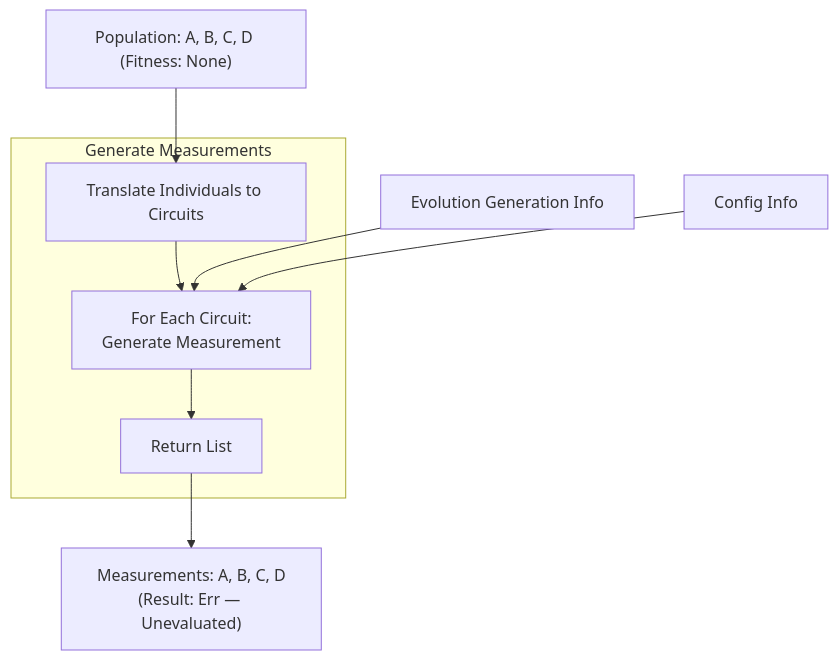
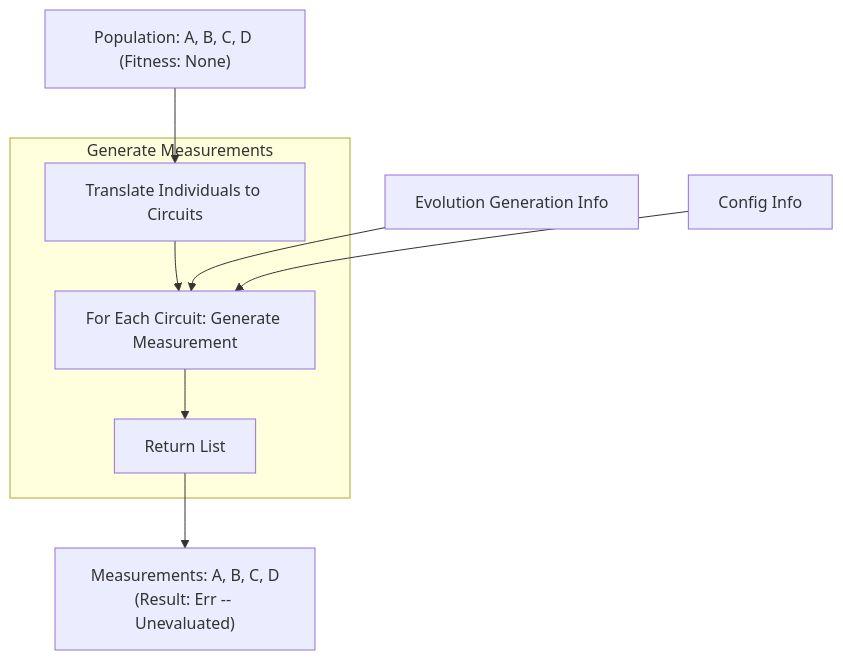
Before and after one commit to evolvablehardware/BitstreamEvolution: diagram 17 of 22 in docs/sphinx/source/architecture/index.rst, drawn with Mermaid. The commit also changed other lines of this file and 5 other files, not shown here.

Commit message:
updated the Architectural description to finally translate it off of the images of slides.

```diff
--- a/docs/sphinx/source/architecture/index.rst
+++ b/docs/sphinx/source/architecture/index.rst
@@ -308,16 +421,16 @@
 .. mermaid::
 
    flowchart TD
        pop4["Population: A, B, C, D (Fitness: None)"]
        geninfo4["Evolution Generation Info"]
        config4["Config Info"]
        subgraph GenMeas["Generate Measurements"]
            translate["Translate Individuals to Circuits"]
-           foreach["For Each Circuit:\nGenerate Measurement"]
+           foreach["For Each Circuit: Generate Measurement"]
            returnlist["Return List"]
            translate --> foreach --> returnlist
        end
        pop4 --> translate
        geninfo4 --> foreach
        config4 --> foreach
-       returnlist --> mout["Measurements: A, B, C, D\n(Result: Err — Unevaluated)"]
+       returnlist --> mout["Measurements: A, B, C, D\n(Result: Err -- Unevaluated)"]
```
